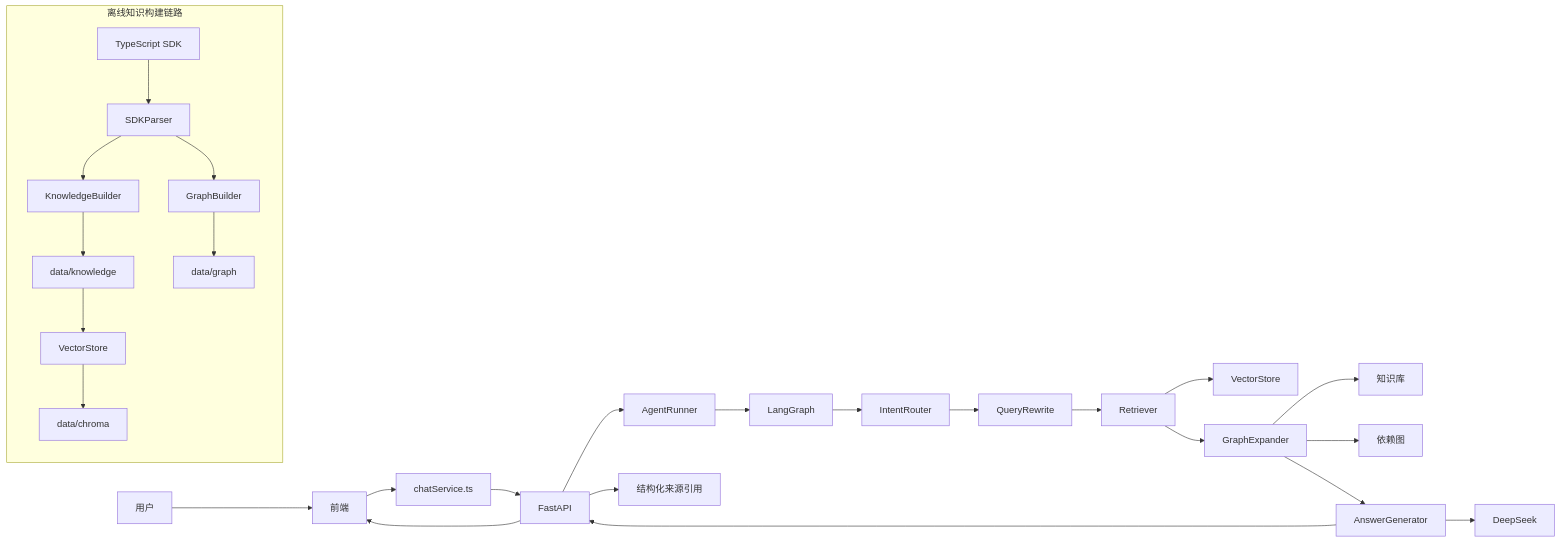
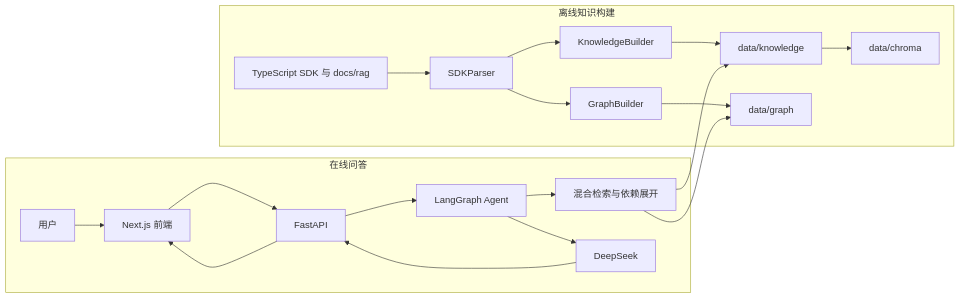
The third of 4 diagrams in README.md (jonji886/plugin-dev-helper), drawn with Mermaid before and after one commit. The commit also changed other lines of this file and 2 other files, not shown here.

````diff
--- a/README.md
+++ b/README.md
@@ -28,30 +164,23 @@
 ```mermaid
 flowchart LR
-  U[用户] --> FE[前端]
-  FE --> CS[chatService.ts]
-  CS --> API[FastAPI]
-  API --> AR[AgentRunner]
-  AR --> LG[LangGraph]
-  LG --> IR[IntentRouter]
-  IR --> QR[QueryRewrite]
-  QR --> RT[Retriever]
-  RT --> VS[VectorStore]
-  RT --> GE[GraphExpander]
-  GE --> KB[知识库]
-  GE --> GD[依赖图]
-  GE --> AG[AnswerGenerator]
-  AG --> LLM[DeepSeek]
-  AG --> API
-  API --> CIT[结构化来源引用]
-  API --> FE
+  subgraph OFFLINE[离线知识构建]
+    SRC[TypeScript SDK 与 docs/rag] --> PARSER[SDKParser]
+    PARSER --> KB[KnowledgeBuilder]
+    PARSER --> GRAPH[GraphBuilder]
+    KB --> KNOW[data/knowledge]
+    GRAPH --> DEPS[data/graph]
+    KNOW --> CHROMA[data/chroma]
+  end
 
-  subgraph OFFLINE[离线知识构建链路]
-    SRC[TypeScript SDK] --> PARSER[SDKParser]
-    PARSER --> KBU[KnowledgeBuilder]
-    PARSER --> GBU[GraphBuilder]
-    KBU --> KNOW[data/knowledge]
-    GBU --> GRAPH[data/graph]
-    KNOW --> VSB[VectorStore]
-    VSB --> CHROMA[data/chroma]
+  subgraph ONLINE[在线问答]
+    U[用户] --> FE[Next.js 前端]
+    FE --> API[FastAPI]
+    API --> AGENT[LangGraph Agent]
+    AGENT --> RETRIEVE[混合检索与依赖展开]
+    RETRIEVE --> KNOW
+    RETRIEVE --> DEPS
+    AGENT --> LLM[DeepSeek]
+    LLM --> API
+    API --> FE
   end
 ```
````
